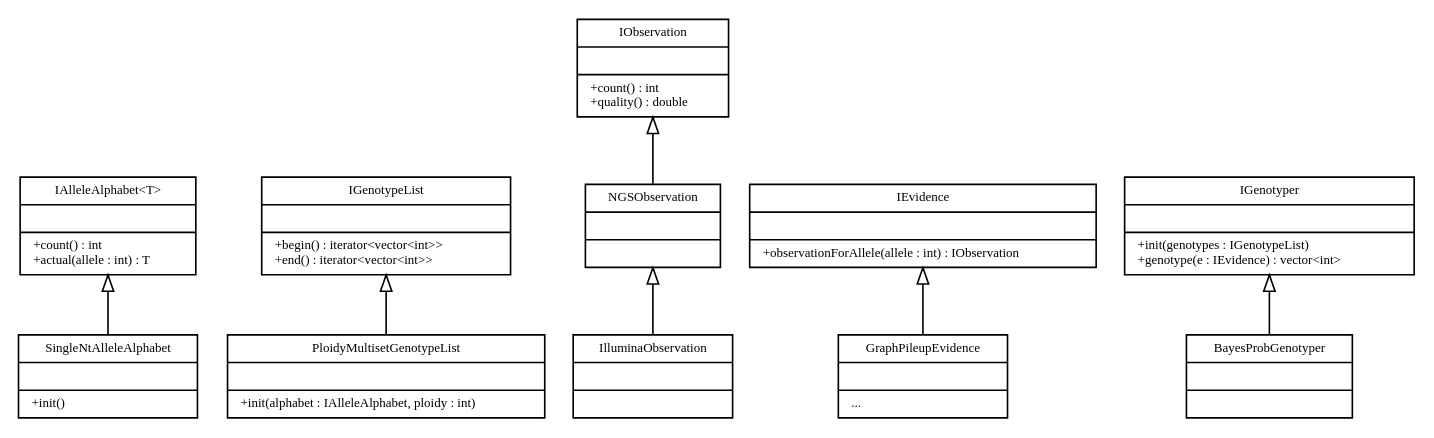
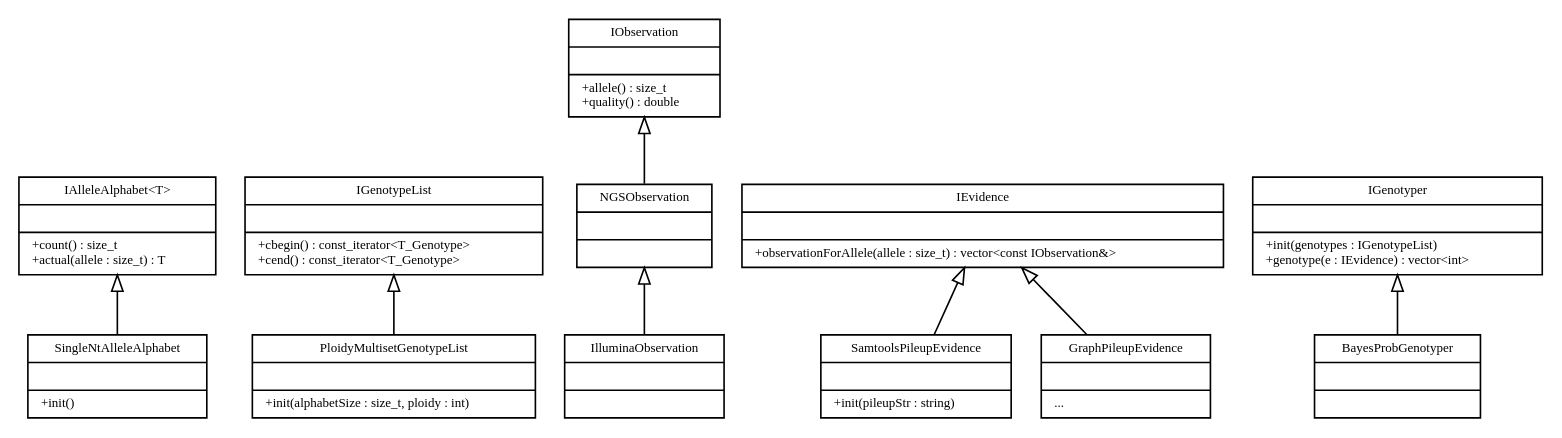
The diagram in doc/design.dot (YiCppLib/BayesGenotyper), drawn with Graphviz before and after one commit. The commit also changed 25 other files, not shown here.

```diff
--- a/doc/design.dot
+++ b/doc/design.dot
@@ -1,77 +1,82 @@
 digraph G {
 	fontname = "Bitstream Vera Sans"
 	fontsize = 8
 	rankdir=BT;
 
 	node [
 		fontname = "Bitstream Vera Sans"
 		fontsize = 8
 		shape = "record"
 	]
 
 	edge [
 		fontname = "Bitstream Vera Sans"
 		fontsize = 8
 	]
 
 	IAlleleAlphabet [
-		label = "{IAlleleAlphabet\<T\>||+count() : int\l+actual(allele : int) : T\l}"
+		label = "{IAlleleAlphabet\<T\>||+count() : size_t\l+actual(allele : size_t) : T\l}"
 	]
 
 	SingleNtAlleleAlphabet [
 		label = "{SingleNtAlleleAlphabet||+init()\l}"
 	]
 
 	edge [
 		arrowhead = "empty"
 	]
 
 	SingleNtAlleleAlphabet -> IAlleleAlphabet
 
 
 	IGenotypeList [
-		label = "{IGenotypeList||+begin() : iterator\<vector\<int\>\>\l+end() : iterator\<vector\<int\>\>\l}"
+		label = "{IGenotypeList||+cbegin() : const_iterator\<T_Genotype\>\l+cend() : const_iterator\<T_Genotype\>\l}"
 	]
 
 	PloidyMultisetGenotypeList [
-		label = "{PloidyMultisetGenotypeList||+init(alphabet : IAlleleAlphabet, ploidy : int)\l}"
+		label = "{PloidyMultisetGenotypeList||+init(alphabetSize : size_t, ploidy : int)\l}"
 	]
 
 	PloidyMultisetGenotypeList -> IGenotypeList
 
 	IObservation [
-		label = "{IObservation||+count() : int\l+quality() : double\l}"
+		label = "{IObservation||+allele() : size_t\l+quality() : double\l}"
 	]
 
 	NGSObservation [
 		label = "{NGSObservation||}"
 	]
 
 	IlluminaObservation [
 		label = "{IlluminaObservation||}"
 	]
 
 	NGSObservation -> IObservation
 	IlluminaObservation -> NGSObservation
 
 	IEvidence [
-		label = "{IEvidence||+observationForAllele(allele : int) : IObservation\l}"
+		label = "{IEvidence||+observationForAllele(allele : size_t) : vector\<const IObservation&\>\l}"
+	]
+
+	SamtoolsPileupEvidence [
+		label = "{SamtoolsPileupEvidence||+init(pileupStr : string)\l}"
 	]
 
 	GraphPileupEvidence [
 		label = "{GraphPileupEvidence||...\l}"
 	]
 
+	SamtoolsPileupEvidence -> IEvidence
 	GraphPileupEvidence -> IEvidence
 
 	IGenotyper [
 		label = "{IGenotyper||+init(genotypes : IGenotypeList)\l+genotype(e : IEvidence) : vector\<int\>\l}"
 	]
 
 	BayesProbGenotyper [
 		label = "{BayesProbGenotyper||}"
 	]
 
 	BayesProbGenotyper -> IGenotyper
 
 }
```
